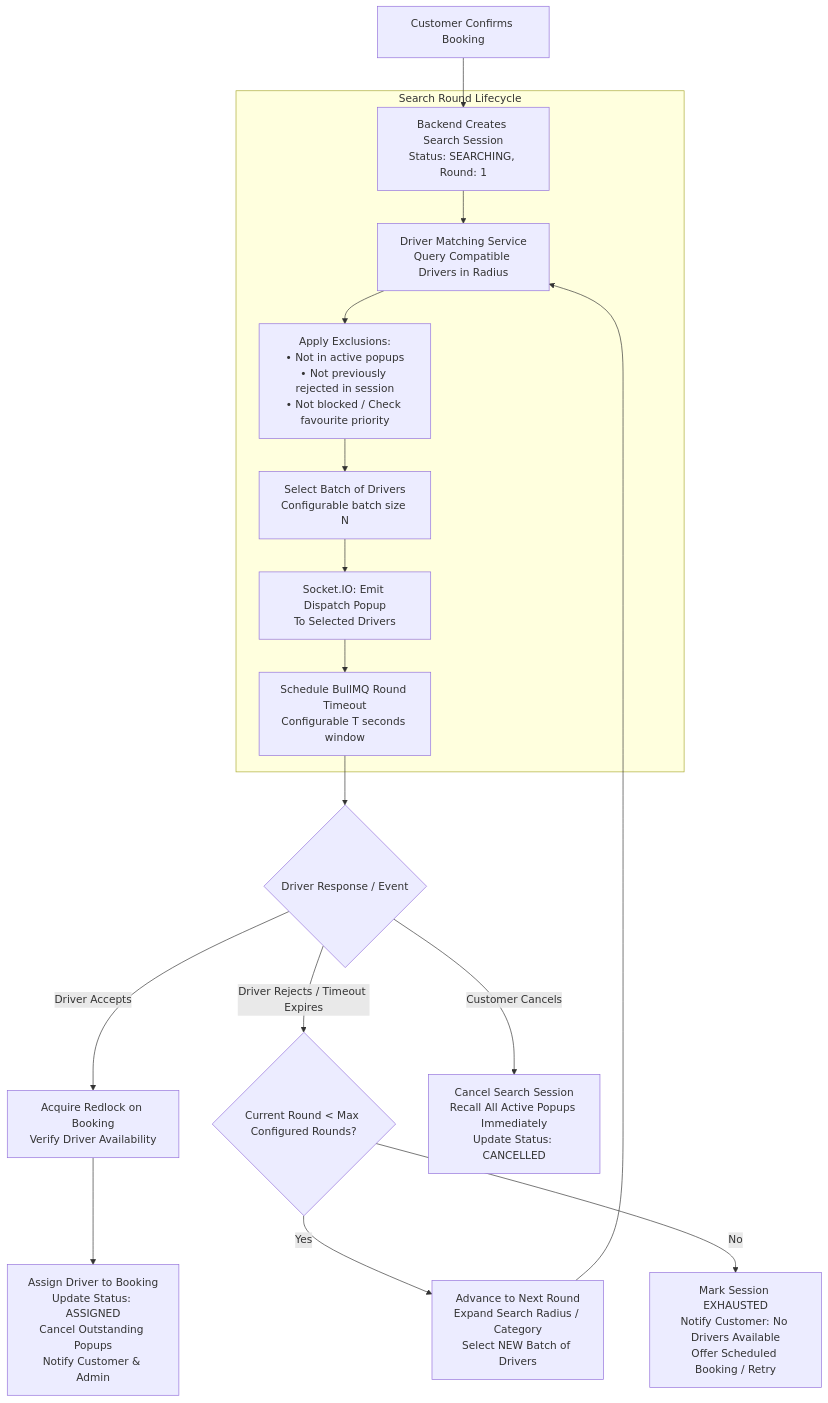
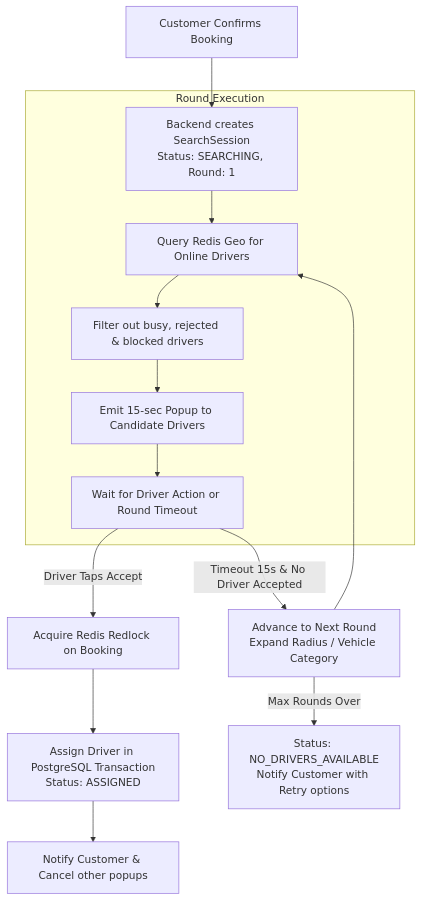
One commit to sheikh22hamid-create/ShifterOnline-Nodejs changed the third of 4 diagrams in Architecture/01-System-Architecture.md. Above: the diagram before and after it, drawn with Mermaid. The commit also changed other lines of this file and 2 other files, not shown here.

Commit message:
docs: initialize architecture documentation for system, user roles, and city structure

````diff
--- a/Architecture/01-System-Architecture.md
+++ b/Architecture/01-System-Architecture.md
@@ -535,26 +195,20 @@
 ```mermaid
 graph TD
-    Start[Customer Confirms Booking] --> CreateSession[Backend Creates Search Session<br/>Status: SEARCHING, Round: 1]
+    Start[Customer Confirms Booking] --> CreateSession[Backend creates SearchSession<br/>Status: SEARCHING, Round: 1]
     
-    subgraph Search Round Lifecycle
-        CreateSession --> QueryDrivers[Driver Matching Service<br/>Query Compatible Drivers in Radius]
-        QueryDrivers --> ApplyFilters[Apply Exclusions:<br/>• Not in active popups<br/>• Not previously rejected in session<br/>• Not blocked / Check favourite priority]
-        ApplyFilters --> BatchSelect[Select Batch of Drivers<br/>Configurable batch size N]
-        BatchSelect --> SendPopups[Socket.IO: Emit Dispatch Popup<br/>To Selected Drivers]
-        SendPopups --> StartTimer[Schedule BullMQ Round Timeout<br/>Configurable T seconds window]
+    subgraph Round Execution
+        CreateSession --> QueryPool[Query Redis Geo for Online Drivers]
+        QueryPool --> Filter[Filter out busy, rejected & blocked drivers]
+        Filter --> SendPopups[Emit 15-sec Popup to Candidate Drivers]
+        SendPopups --> Wait[Wait for Driver Action or Round Timeout]
     end
 
-    StartTimer --> Decision{Driver Response / Event}
-    
-    Decision -->|Driver Accepts| AtomicAssign[Acquire Redlock on Booking<br/>Verify Driver Availability]
-    AtomicAssign --> Success[Assign Driver to Booking<br/>Update Status: ASSIGNED<br/>Cancel Outstanding Popups<br/>Notify Customer & Admin]
-    
-    Decision -->|Driver Rejects / Timeout Expires| CheckMaxRounds{Current Round < Max Configured Rounds?}
-    
-    CheckMaxRounds -->|Yes| NextRound[Advance to Next Round<br/>Expand Search Radius / Category<br/>Select NEW Batch of Drivers]
-    NextRound --> QueryDrivers
-    
-    CheckMaxRounds -->|No| Exhausted[Mark Session EXHAUSTED<br/>Notify Customer: No Drivers Available<br/>Offer Scheduled Booking / Retry]
-    
-    Decision -->|Customer Cancels| CancelSession[Cancel Search Session<br/>Recall All Active Popups Immediately<br/>Update Status: CANCELLED]
+    Wait -->|Driver Taps Accept| Lock[Acquire Redis Redlock on Booking]
+    Lock --> Assign[Assign Driver in PostgreSQL Transaction<br/>Status: ASSIGNED]
+    Assign --> Done[Notify Customer & Cancel other popups]
+
+    Wait -->|Timeout 15s & No Driver Accepted| NextRound[Advance to Next Round<br/>Expand Radius / Vehicle Category]
+    NextRound --> QueryPool
+
+    NextRound -->|Max Rounds Over| Exhausted[Status: NO_DRIVERS_AVAILABLE<br/>Notify Customer with Retry options]
 ```
````
